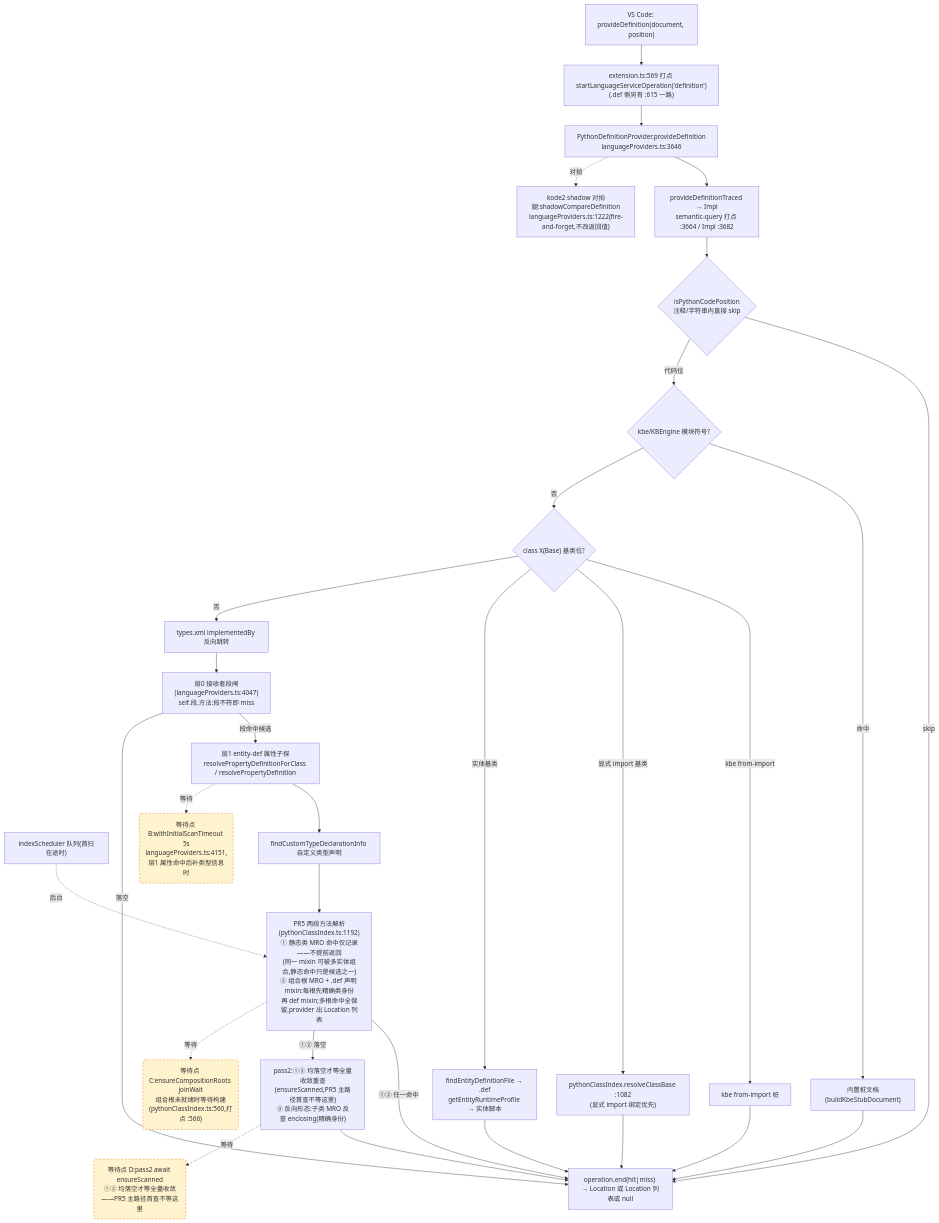
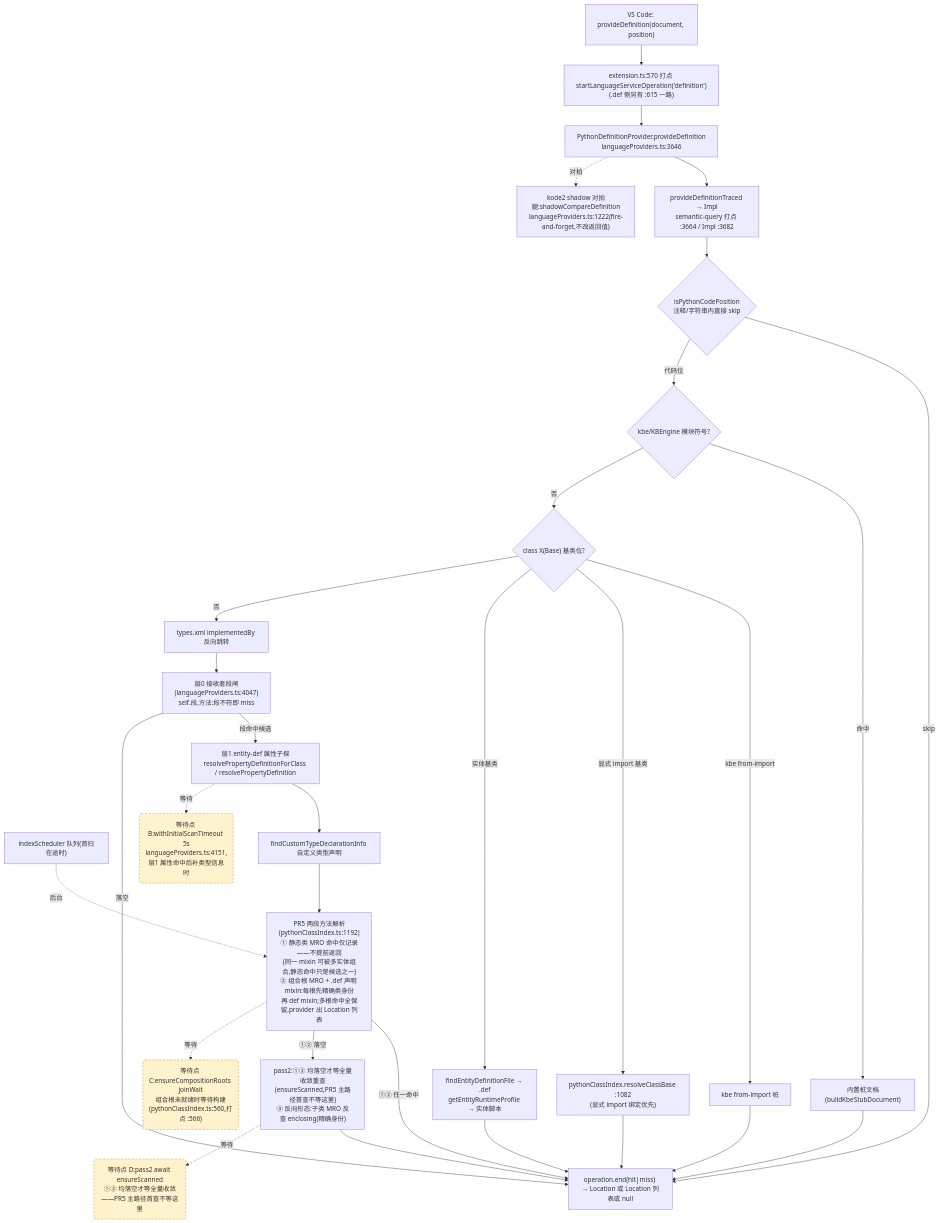
One commit to cuihairu/kode changed the second of 4 diagrams in docs/perf/2026-baseline.md. Above: the diagram before and after it, drawn with Mermaid. The commit also changed other lines of this file and 5 other files, not shown here.

````diff
--- a/docs/perf/2026-baseline.md
+++ b/docs/perf/2026-baseline.md
@@ -130,51 +130,51 @@
 ```mermaid
 flowchart TD
   VC2["VS Code: provideDefinition(document, position)"]
-  M2["extension.ts:569 打点 startLanguageServiceOperation('definition')<br/>(.def 侧另有 :615 一路)"]
+  M2["extension.ts:570 打点 startLanguageServiceOperation('definition')<br/>(.def 侧另有 :615 一路)"]
   AD2["PythonDefinitionProvider.provideDefinition<br/>languageProviders.ts:3646"]
   TR["provideDefinitionTraced → Impl<br/>semantic-query 打点 :3664 / Impl :3682"]
   CTX{"isPythonCodePosition<br/>注释/字符串内直接 skip"}
   KBE{"kbe/KBEngine 模块符号?"}
   STUB["内置桩文档(buildKbeStubDocument)"]
   CB{"class X(Base) 基类位?"}
   CB1["kbe from-import 桩"]
   CB2["pythonClassIndex.resolveClassBase :1082<br/>(显式 import 绑定优先)"]
   CB3["findEntityDefinitionFile → .def<br/>getEntityRuntimeProfile → 实体脚本"]
   REV["types.xml implementedBy 反向跳转"]
   L0["层0 接收者段闸(languageProviders.ts:4047)<br/>self.段.方法:段不符即 miss"]
   L1["层1 entity-def 属性子探<br/>resolvePropertyDefinitionForClass / resolvePropertyDefinition"]
   SCAN["indexScheduler 队列(首扫在途时)"]
   TY["findCustomTypeDeclarationInfo 自定义类型声明"]
   MRO["PR5 两段方法解析(pythonClassIndex.ts:1192)<br/>① 静态类 MRO 命中仅记录——不提前返回<br/>(同一 mixin 可被多实体组合,静态命中只是候选之一)<br/>② 组合根 MRO + .def 声明 mixin:每根先精确类身份<br/>再 def mixin;多根命中全保留,provider 出 Location 列表"]
   PASS2["pass2:①② 均落空才等全量收敛重查<br/>(ensureScanned,PR5 主路径首查不等这里)<br/>③ 反向形态:子类 MRO 反查 enclosing(精确身份)"]
   SHD["kode2 shadow 对拍腿:shadowCompareDefinition<br/>languageProviders.ts:1222(fire-and-forget,不改返回值)"]
   END2["operation.end(hit|miss) → Location 或 Location 列表或 null"]
 
   VC2 --> M2 --> AD2 --> TR --> CTX
   CTX -- "skip" --> END2
   CTX -- "代码位" --> KBE
   KBE -- "命中" --> STUB --> END2
   KBE -- "否" --> CB
   CB -- "kbe from-import" --> CB1 --> END2
   CB -- "显式 import 基类" --> CB2 --> END2
   CB -- "实体基类" --> CB3 --> END2
   CB -- "否" --> REV --> L0
   L0 -- "段命中候选" --> L1
   L0 -- "落空" --> END2
   L1 --> TY
   TY --> MRO
   MRO -- "①② 任一命中" --> END2
   MRO -- "①② 落空" --> PASS2 --> END2
   AD2 -.->|对拍| SHD
 
   WAITB("等待点 B:withInitialScanTimeout 5s<br/>languageProviders.ts:4151,层1 属性命中后补类型信息时")
   WAITC("等待点 C:ensureCompositionRoots joinWait<br/>组合根未就绪时等待构建(pythonClassIndex.ts:560,打点 :566)")
   WAITD("等待点 D:pass2 await ensureScanned<br/>①② 均落空才等全量收敛——PR5 主路径首查不等这里")
   L1 -.->|等待| WAITB
   MRO -.->|等待| WAITC
   PASS2 -.->|等待| WAITD
   SCAN -.->|后台| MRO
 
   classDef waitPoint fill:#fff3cd,stroke:#d97706,stroke-dasharray:5 4;
   class WAITB,WAITC,WAITD waitPoint;
 ```
````
